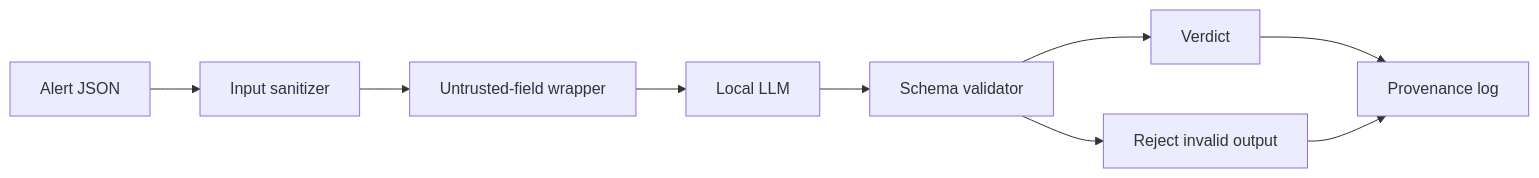
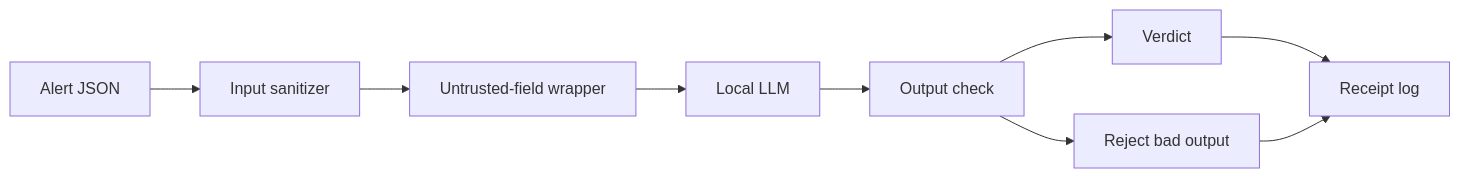
One commit to Emanuel-Walker/cyber-portfolio changed the diagram in 02-llm-triage-hardened/README.md. Above: the diagram before and after it, drawn with Mermaid. The commit also changed other lines of this file and 3 other files, not shown here.

````diff
--- a/02-llm-triage-hardened/README.md
+++ b/02-llm-triage-hardened/README.md
@@ -9,11 +14,11 @@
 ```mermaid
 flowchart LR
     A[Alert JSON] --> B[Input sanitizer]
     B --> C[Untrusted-field wrapper]
     C --> D[Local LLM]
-    D --> E[Schema validator]
+    D --> E[Output check]
     E --> F[Verdict]
-    E --> G[Reject invalid output]
-    F --> H[Provenance log]
+    E --> G[Reject bad output]
+    F --> H[Receipt log]
     G --> H
 ```
````
